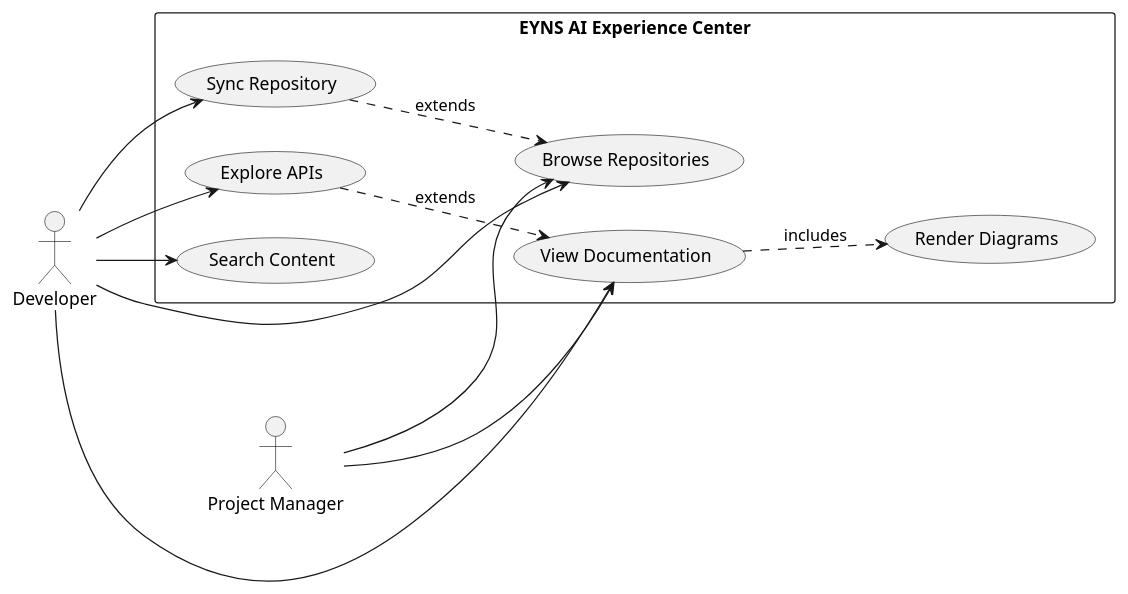
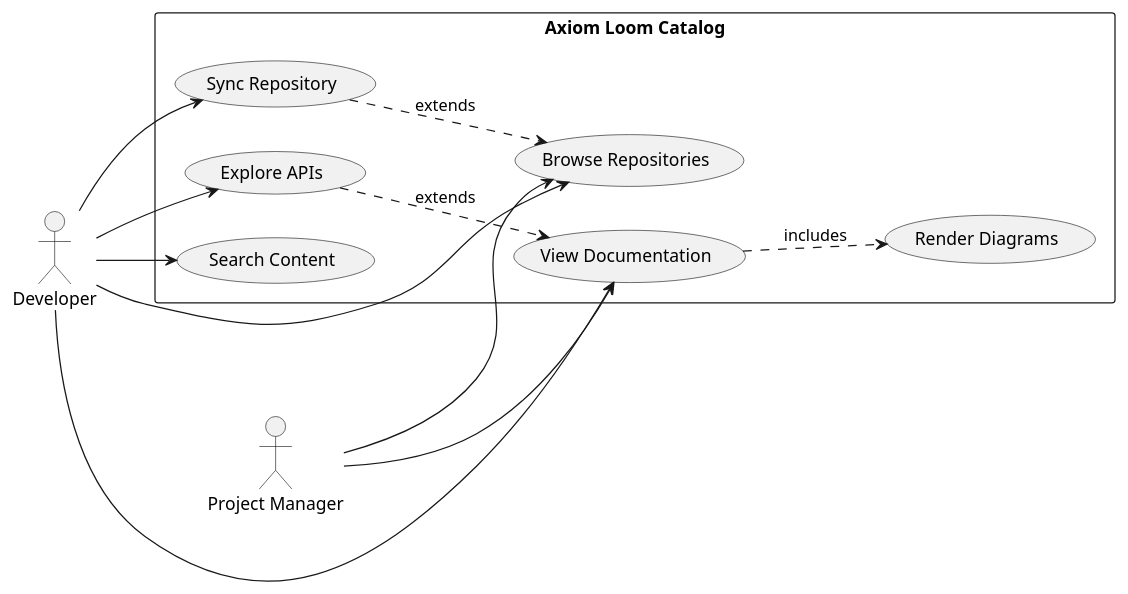
One commit to jamesenki/Axiom-Loom-Catalog changed the seventh of 7 diagrams in docs/PLANTUML_EXAMPLES.md. Above: the diagram before and after it, drawn with PlantUML. The commit also changed other lines of this file and 88 other files, not shown here.

````diff
--- a/docs/PLANTUML_EXAMPLES.md
+++ b/docs/PLANTUML_EXAMPLES.md
@@ -136,27 +136,27 @@
 ```plantuml
 left to right direction
 actor Developer
 actor "Project Manager" as PM
 
-rectangle "EYNS AI Experience Center" {
+rectangle "Axiom Loom Catalog" {
   usecase "Browse Repositories" as UC1
   usecase "View Documentation" as UC2
   usecase "Explore APIs" as UC3
   usecase "Sync Repository" as UC4
   usecase "Render Diagrams" as UC5
   usecase "Search Content" as UC6
 }
 
 Developer --> UC1
 Developer --> UC2
 Developer --> UC3
 Developer --> UC4
 Developer --> UC6
 
 PM --> UC1
 PM --> UC2
 
 UC2 ..> UC5 : includes
 UC3 ..> UC2 : extends
 UC4 ..> UC1 : extends
 ```
````
